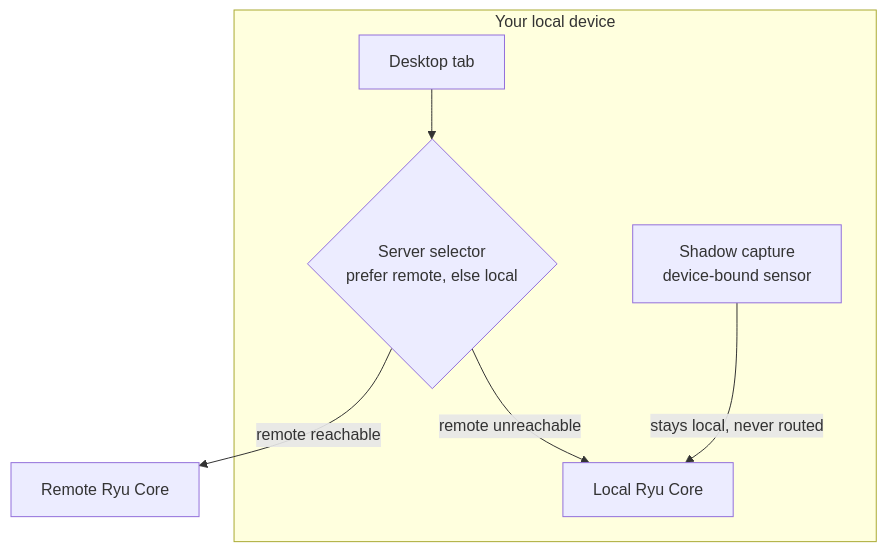
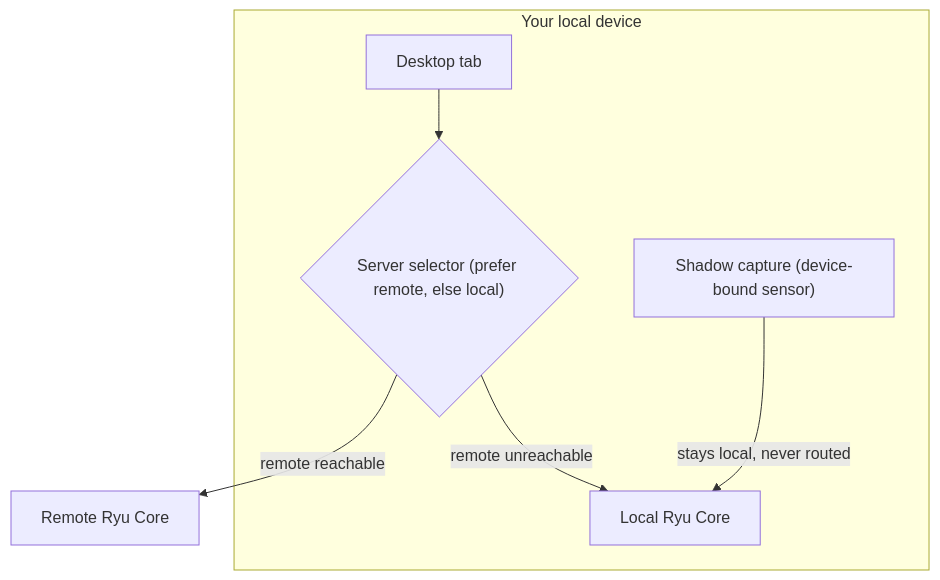
The diagram in content/docs/learn/academy/cloud/multi-node.mdx (amajorai/ryu-docs), drawn with Mermaid before and after one commit. The commit also changed other lines of this file and 2642 other files, not shown here.

````diff
--- a/content/docs/learn/academy/cloud/multi-node.mdx
+++ b/content/docs/learn/academy/cloud/multi-node.mdx
@@ -25,11 +19,11 @@
 ```mermaid
 flowchart TB
   subgraph Device [Your local device]
-    Tab[Desktop tab] --> Sel{Server selector<br/>prefer remote, else local}
-    Shadow[Shadow capture<br/>device-bound sensor]
+    Tab[Desktop tab] --> Sel{"Server selector (prefer remote, else local)"}
+    Shadow["Shadow capture (device-bound sensor)"]
     Local[Local Ryu Core]
   end
   Sel -->|remote reachable| Remote[Remote Ryu Core]
   Sel -->|remote unreachable| Local
-  Shadow -- stays local, never routed --> Local
+  Shadow -- "stays local, never routed" --> Local
 ```
````
